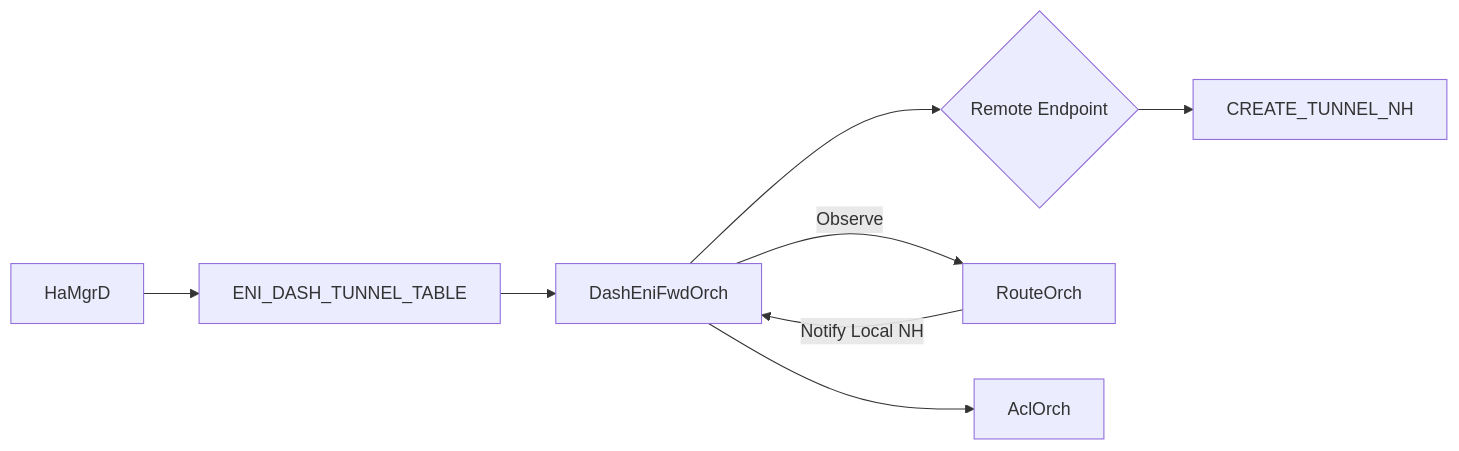
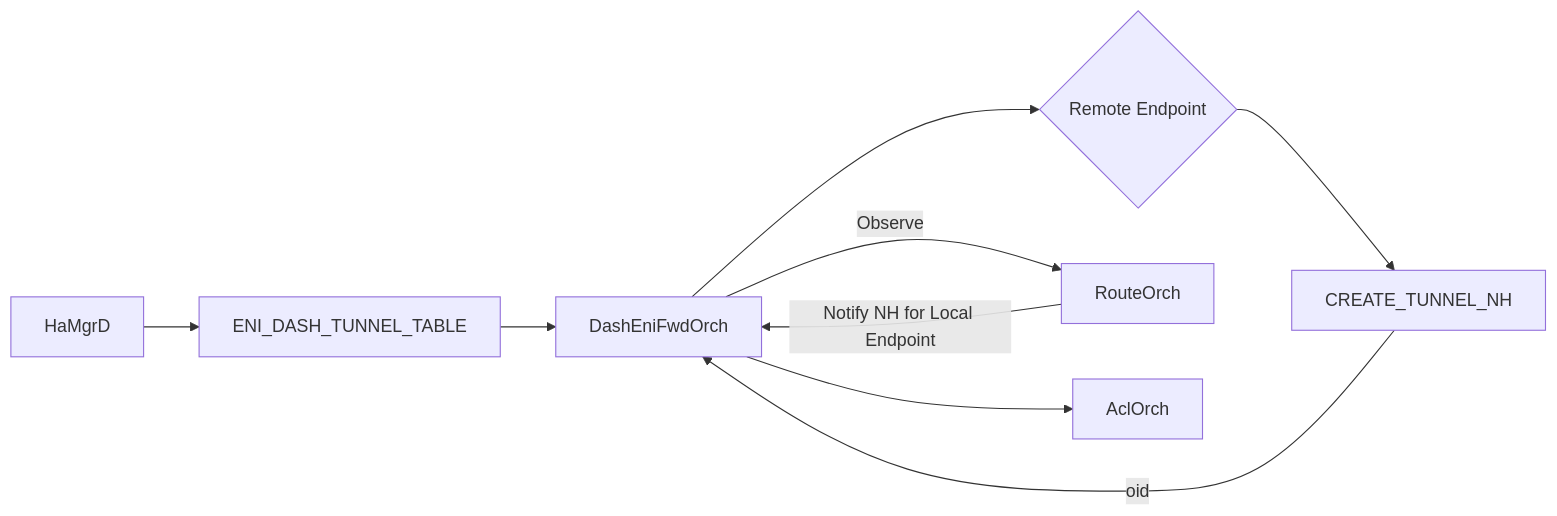
Before and after one commit to sonic-net/SONiC: the diagram in doc/smart-switch/high-availability/eni-based-forwarding.md, drawn with Mermaid. The commit also changed other lines of this file, not shown here.

````diff
--- a/doc/smart-switch/high-availability/eni-based-forwarding.md
+++ b/doc/smart-switch/high-availability/eni-based-forwarding.md
@@ -233,14 +233,15 @@
 ```mermaid
 flowchart LR
     ENI_TABLE[ENI_DASH_TUNNEL_TABLE]
 
     HaMgrD --> ENI_TABLE
     ENI_TABLE --> DashEniFwdOrch
 
     DashEniFwdOrch --> Ques1{Remote Endpoint}
     DashEniFwdOrch --> |Observe| RouteOrch
 
     Ques1 --> CREATE_TUNNEL_NH
-    RouteOrch --> |Notify Local NH| DashEniFwdOrch
+    CREATE_TUNNEL_NH --> |oid| DashEniFwdOrch
+    RouteOrch --> |Notify NH for Local Endpoint| DashEniFwdOrch
     DashEniFwdOrch --> AclOrch
 ```
````
